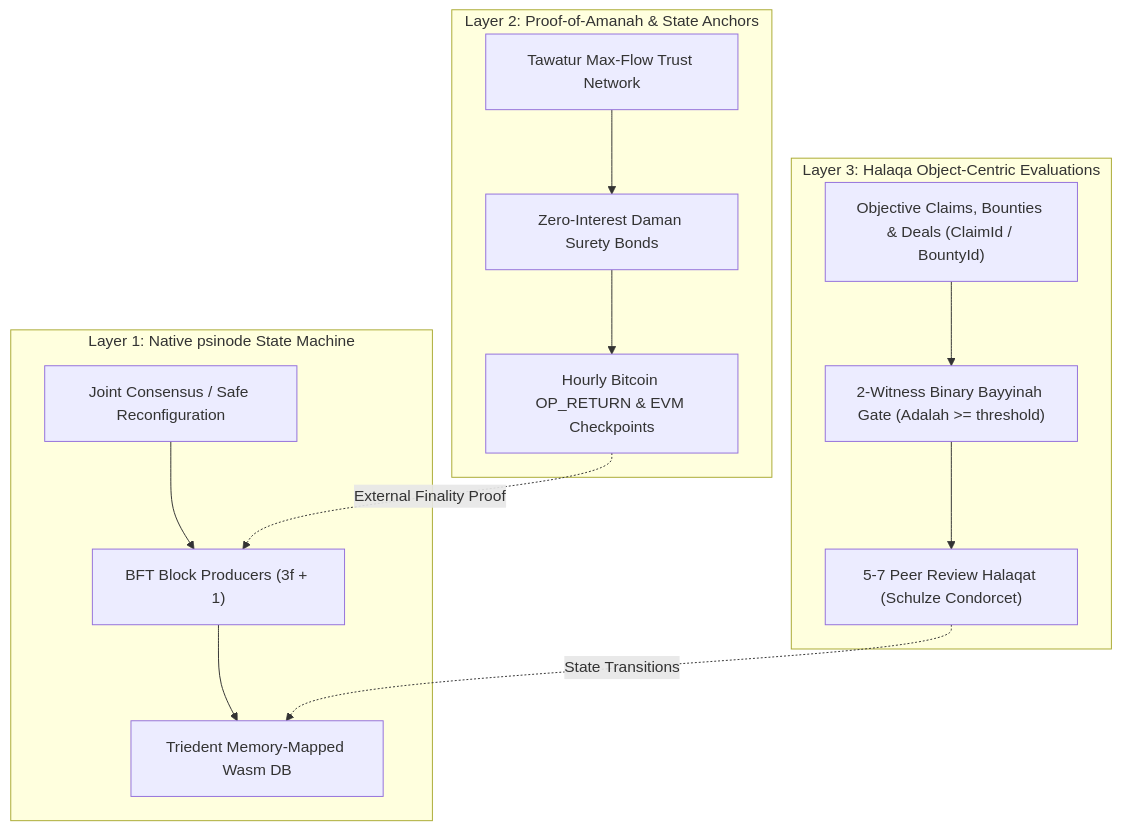
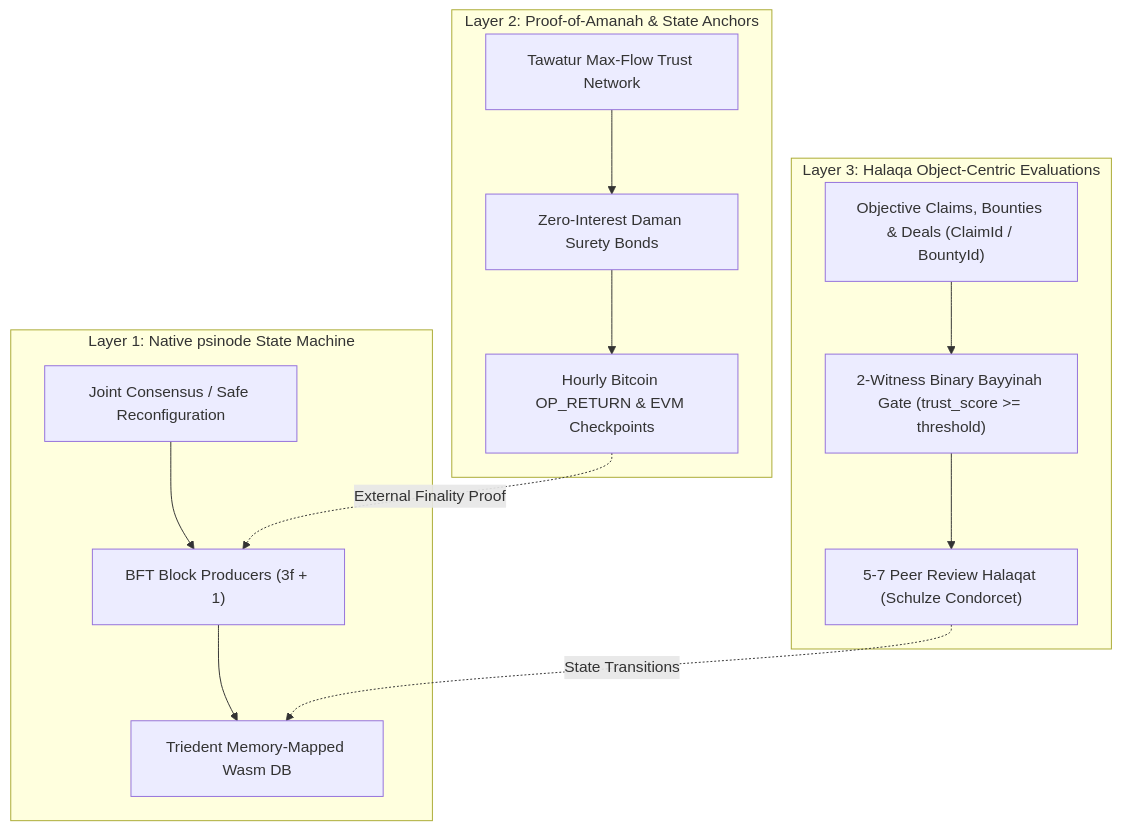
Before and after one commit to tseyt/muabase: the first of 2 diagrams in doc/MUABASE_SPEC.md, drawn with Mermaid. The commit also changed other lines of this file and 6 other files, not shown here.

````diff
--- a/doc/MUABASE_SPEC.md
+++ b/doc/MUABASE_SPEC.md
@@ -49,28 +49,28 @@
 ```mermaid
 graph TD
     subgraph Layer_1 ["Layer 1: Native psinode State Machine"]
         Producers["BFT Block Producers (3f + 1)"]
         JointConsensus["Joint Consensus / Safe Reconfiguration"]
         StateExec["Triedent Memory-Mapped Wasm DB"]
         Producers --> StateExec
         JointConsensus --> Producers
     end
 
     subgraph Layer_2 ["Layer 2: Proof-of-Amanah & State Anchors"]
         TrustGraph["Tawatur Max-Flow Trust Network"]
         DamanBonds["Zero-Interest Daman Surety Bonds"]
         BtcL2Anchors["Hourly Bitcoin OP_RETURN & EVM Checkpoints"]
         TrustGraph --> DamanBonds
         DamanBonds --> BtcL2Anchors
         BtcL2Anchors -.->|External Finality Proof| Producers
     end
 
     subgraph Layer_3 ["Layer 3: Halaqa Object-Centric Evaluations"]
         ObjectiveItems["Objective Claims, Bounties & Deals (ClaimId / BountyId)"]
-        WitnessGate["2-Witness Binary Bayyinah Gate (Adalah >= threshold)"]
+        WitnessGate["2-Witness Binary Bayyinah Gate (trust_score >= threshold)"]
         CondorcetHalaqa["5-7 Peer Review Halaqat (Schulze Condorcet)"]
         ObjectiveItems --> WitnessGate
         WitnessGate --> CondorcetHalaqa
         CondorcetHalaqa -.->|State Transitions| StateExec
     end
 ```
````
